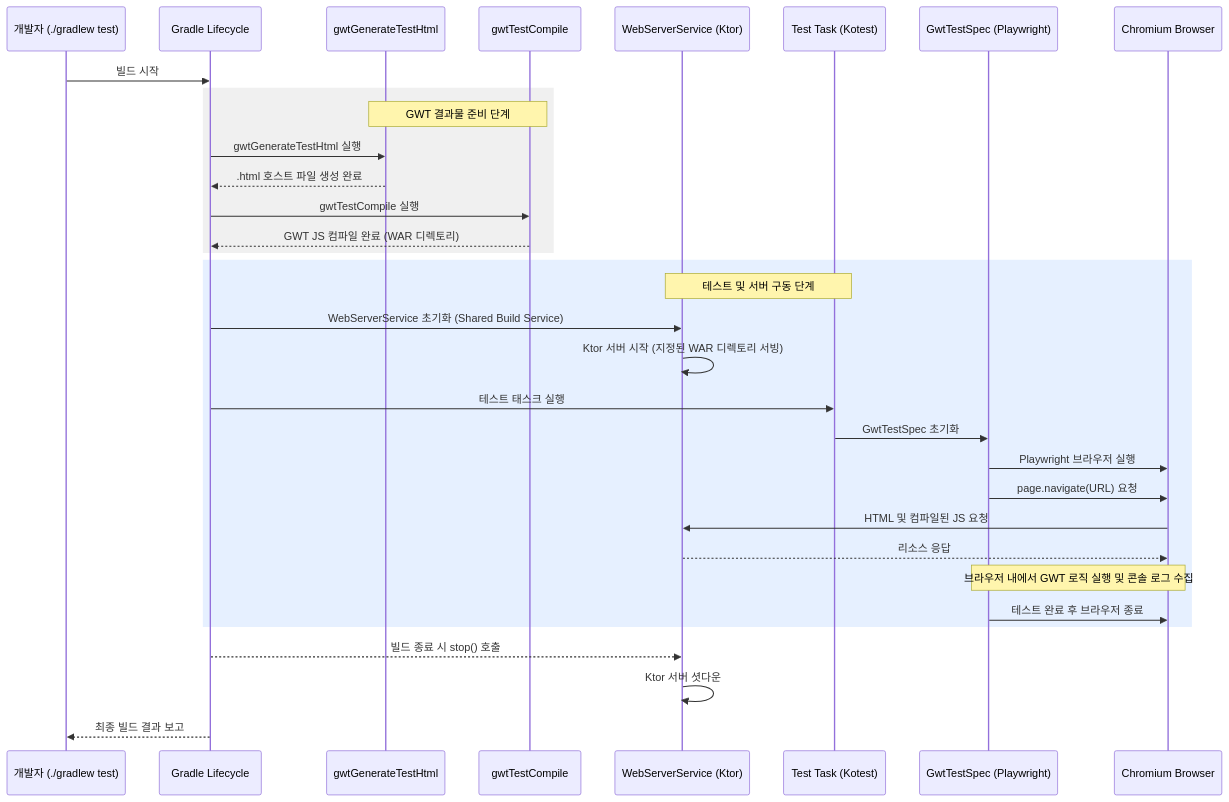
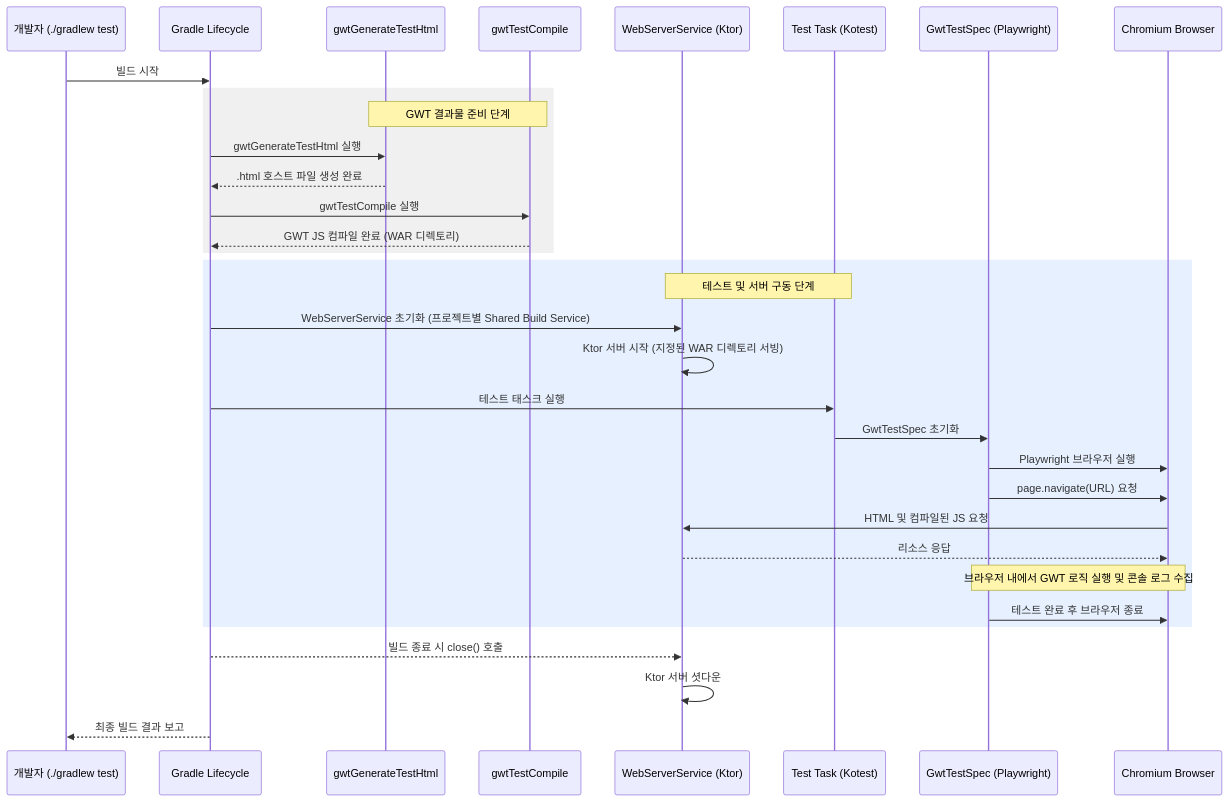
Before and after one commit to sayaya1090/gwt: the diagram in docs/sequence-diagram.md, drawn with Mermaid. The commit also changed other lines of this file and 5 other files, not shown here.

````diff
--- a/docs/sequence-diagram.md
+++ b/docs/sequence-diagram.md
@@ -7,44 +7,44 @@
 ```mermaid
 sequenceDiagram
     participant User as 개발자 (./gradlew test)
     participant Gradle as Gradle Lifecycle
     participant Task1 as gwtGenerateTestHtml
     participant Task2 as gwtTestCompile
     participant Service as WebServerService (Ktor)
     participant TestTask as Test Task (Kotest)
     participant Spec as GwtTestSpec (Playwright)
     participant Browser as Chromium Browser
 
     User->>Gradle: 빌드 시작
     
     rect rgb(240, 240, 240)
     Note over Task1, Task2: GWT 결과물 준비 단계
     Gradle->>Task1: gwtGenerateTestHtml 실행
     Task1-->>Gradle: .html 호스트 파일 생성 완료
     
     Gradle->>Task2: gwtTestCompile 실행
     Task2-->>Gradle: GWT JS 컴파일 완료 (WAR 디렉토리)
     end
 
     rect rgb(230, 240, 255)
     Note over Service, TestTask: 테스트 및 서버 구동 단계
-    Gradle->>Service: WebServerService 초기화 (Shared Build Service)
+    Gradle->>Service: WebServerService 초기화 (프로젝트별 Shared Build Service)
     Service->>Service: Ktor 서버 시작 (지정된 WAR 디렉토리 서빙)
     
     Gradle->>TestTask: 테스트 태스크 실행
     TestTask->>Spec: GwtTestSpec 초기화
     
     Spec->>Browser: Playwright 브라우저 실행
     Spec->>Browser: page.navigate(URL) 요청
     Browser->>Service: HTML 및 컴파일된 JS 요청
     Service-->>Browser: 리소스 응답
     
     Note over Spec, Browser: 브라우저 내에서 GWT 로직 실행 및 콘솔 로그 수집
     
     Spec->>Browser: 테스트 완료 후 브라우저 종료
     end
 
-    Gradle-->>Service: 빌드 종료 시 stop() 호출
+    Gradle-->>Service: 빌드 종료 시 close() 호출
     Service->>Service: Ktor 서버 셧다운
     Gradle-->>User: 최종 빌드 결과 보고
 ```
````
